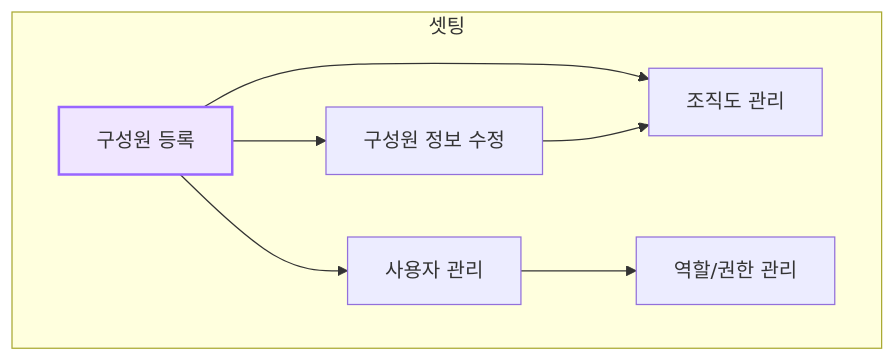
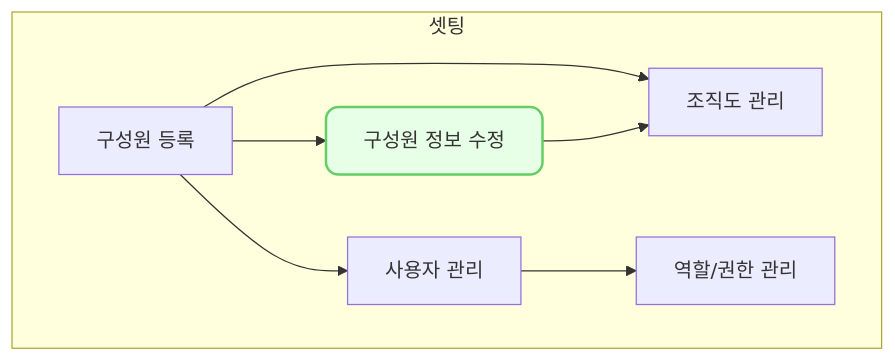
Before and after one commit to cotes2020/jekyll-theme-chirpy: the diagram in _posts/2024-07-02-hr0002.md, drawn with Mermaid. The commit also changed 3 other files, not shown here.

Commit message:
구조도 양식 변경

````diff
--- a/_posts/2024-07-02-hr0002.md
+++ b/_posts/2024-07-02-hr0002.md
@@ -37,21 +37,21 @@
 ```mermaid
 flowchart TD
     subgraph 셋팅["셋팅"]
         hr0001["구성원 등록"]
         hr0002["구성원 정보 수정"]
         hr0007["조직도 관리"]
         se0005["사용자 관리"]
         se0003["역할/권한 관리"]
         hr0001 --> hr0002
         hr0001 --> hr0007
         hr0002 --> hr0007
         hr0001 --> se0005
         se0005 --> se0003
 
     click hr0001 "{% post_url 2024-07-02-hr0001 %}" "구성원 등록 페이지로 이동"
     click hr0002 "{% post_url 2024-07-02-hr0002 %}" "구성원 정보수정 페이지로 이동"
     click hr0007 "{% post_url 2024-07-02-hr0007 %}" "조직도 관리 페이지로 이동"
 
     end
-style hr0001 fill:#f0e6ff,stroke:#9966ff,stroke-width:2px
+style hr0002 fill:#e6ffe6,stroke:#66cc66,stroke-width:2px,rx:10,ry:10
 ```
````
